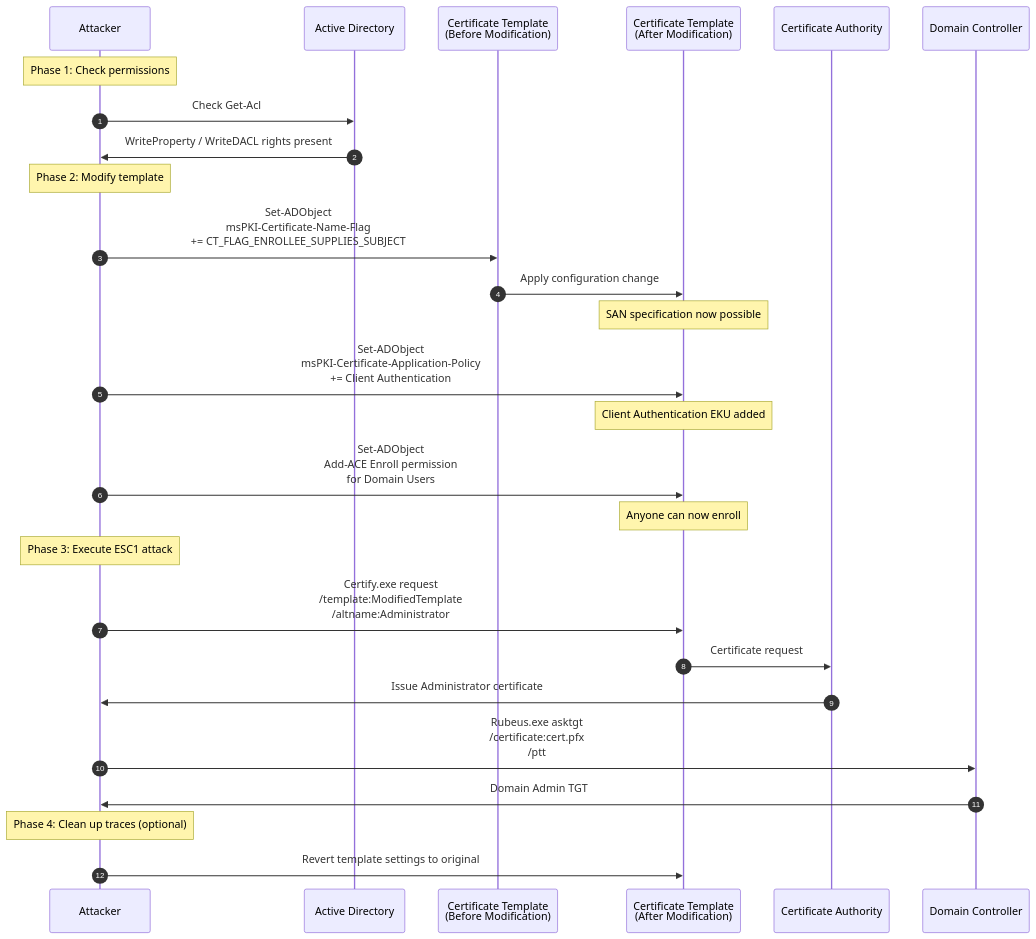
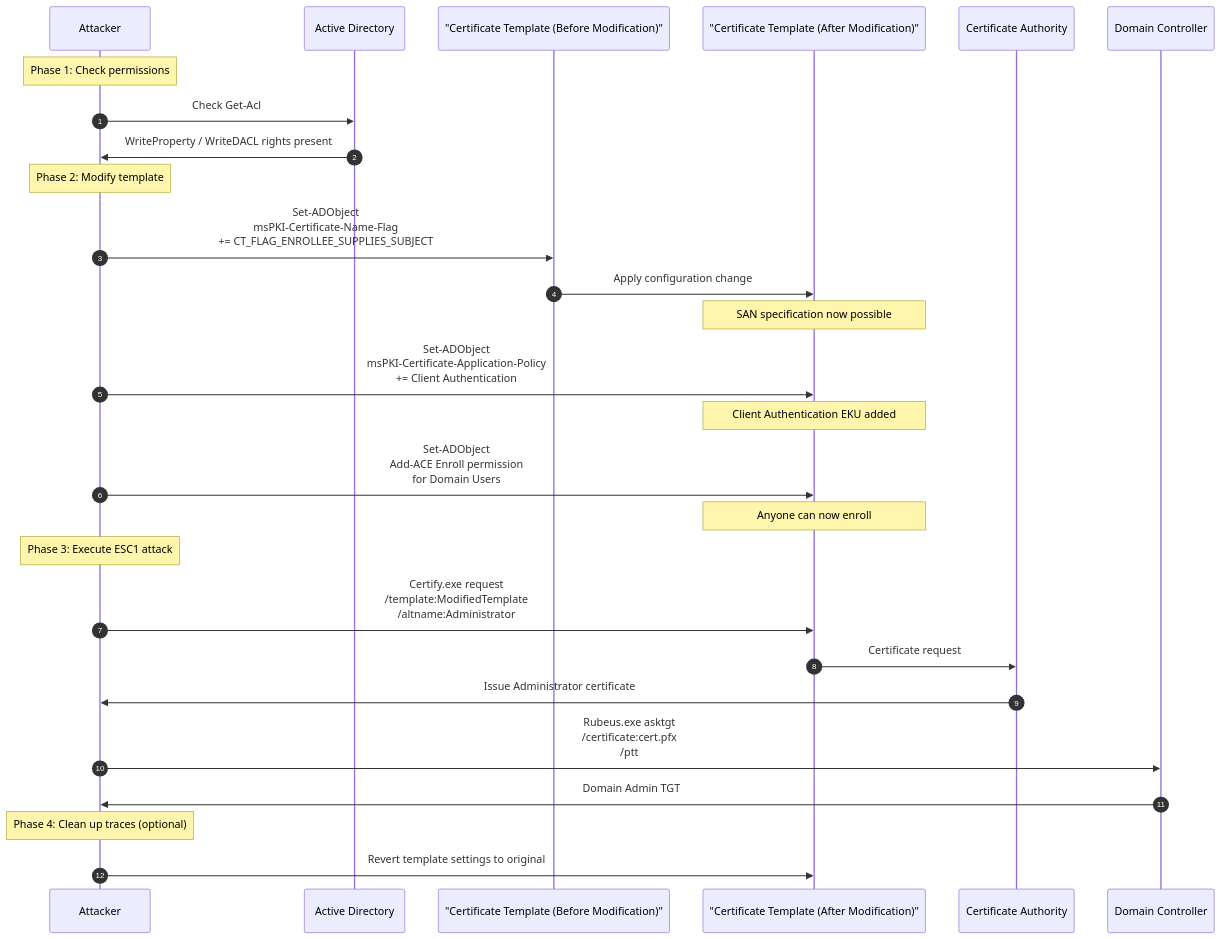
Before and after one commit to morimori-dev/morimori-dev.github.io: the fourth of 17 diagrams in _posts/2026-03-03-tech-adcs-esc-attack-guide.md, drawn with Mermaid. The commit also changed other lines of this file and 7 other files, not shown here.

First line of the commit message:
Fix Mermaid syntax errors in 8 posts

````diff
--- a/_posts/2026-03-03-tech-adcs-esc-attack-guide.md
+++ b/_posts/2026-03-03-tech-adcs-esc-attack-guide.md
@@ -328,44 +328,44 @@
 ```mermaid
 sequenceDiagram
     autonumber
     participant A as Attacker
     participant AD as Active Directory
-    participant T as Certificate Template<br/>(Before Modification)
-    participant T2 as Certificate Template<br/>(After Modification)
+    participant T as "Certificate Template (Before Modification)"
+    participant T2 as "Certificate Template (After Modification)"
     participant CA as Certificate Authority
     participant DC as Domain Controller
 
     Note over A: Phase 1: Check permissions
 
     A->>AD: Check Get-Acl
     AD->>A: WriteProperty / WriteDACL rights present
 
     Note over A: Phase 2: Modify template
 
     A->>T: Set-ADObject<br/>msPKI-Certificate-Name-Flag<br/>+= CT_FLAG_ENROLLEE_SUPPLIES_SUBJECT
 
     T->>T2: Apply configuration change
     Note over T2: SAN specification now possible
 
     A->>T2: Set-ADObject<br/>msPKI-Certificate-Application-Policy<br/>+= Client Authentication
 
     Note over T2: Client Authentication EKU added
 
     A->>T2: Set-ADObject<br/>Add-ACE Enroll permission<br/>for Domain Users
 
     Note over T2: Anyone can now enroll
 
     Note over A: Phase 3: Execute ESC1 attack
 
     A->>T2: Certify.exe request<br/>/template:ModifiedTemplate<br/>/altname:Administrator
 
     T2->>CA: Certificate request
     CA->>A: Issue Administrator certificate
 
     A->>DC: Rubeus.exe asktgt<br/>/certificate:cert.pfx<br/>/ptt
     DC->>A: Domain Admin TGT
 
     Note over A: Phase 4: Clean up traces (optional)
 
     A->>T2: Revert template settings to original
 ```
````
